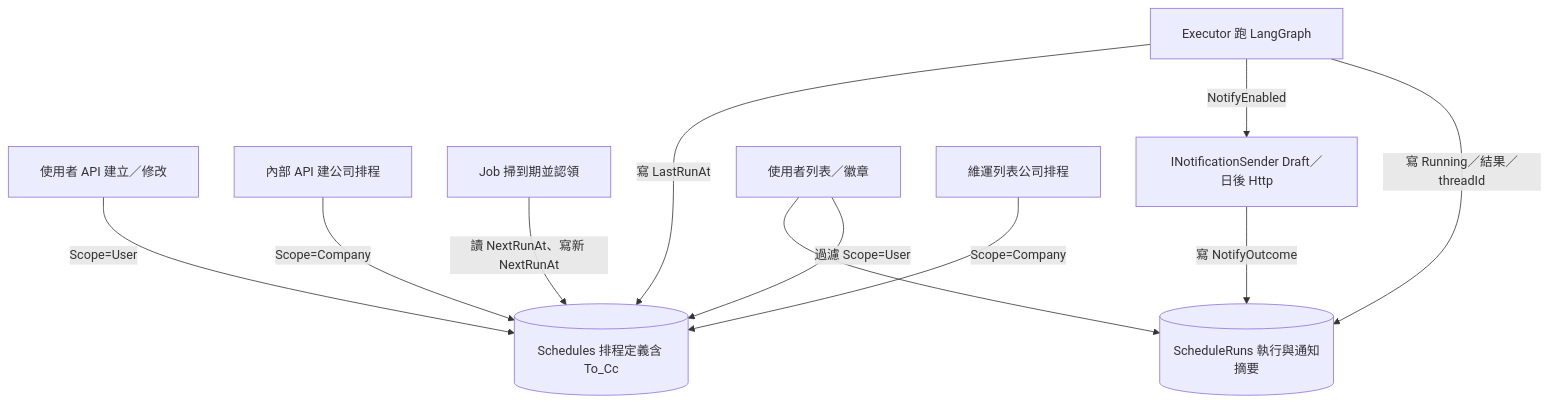
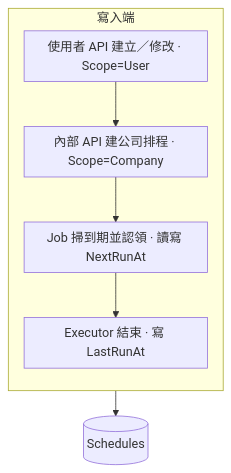
The second of 4 diagrams in docs/schedule-db.md (jellyfish00001/MoAgentChat_Work), drawn with Mermaid before and after one commit. The commit also changed other lines of this file and 2 other files, not shown here.

Commit message:
update 流程圖

````diff
--- a/docs/schedule-db.md
+++ b/docs/schedule-db.md
@@ -44,25 +48,13 @@
 ```mermaid
-%%{init: {"flowchart": {"nodeSpacing": 45, "rankSpacing": 75, "padding": 20}}}%%
+%%{init: {"flowchart": {"nodeSpacing": 20, "rankSpacing": 32, "padding": 8, "useMaxWidth": true}}}%%
 flowchart TD
-  S[(Schedules 排程定義含 To_Cc)]
-  R[(ScheduleRuns 執行與通知摘要)]
-
-  UiWrite[使用者 API 建立／修改]
-  CoWrite[內部 API 建公司排程]
-  Scan[Job 掃到期並認領]
-  Exec[Executor 跑 LangGraph]
-  Notify[INotificationSender Draft／日後 Http]
-  UiRead[使用者列表／徽章]
-  CoRead[維運列表公司排程]
-
-  UiWrite -->|Scope=User| S
-  CoWrite -->|Scope=Company| S
-  Scan -->|讀 NextRunAt、寫新 NextRunAt| S
-  Exec -->|寫 Running／結果／threadId| R
-  Exec -->|NotifyEnabled| Notify
-  Notify -->|寫 NotifyOutcome| R
-  Exec -->|寫 LastRunAt| S
-  UiRead -->|過濾 Scope=User| S
-  UiRead --> R
-  CoRead -->|Scope=Company| S
+  subgraph W1["寫入端"]
+    direction TB
+    UiWrite[使用者 API 建立／修改 · Scope=User]
+    CoWrite[內部 API 建公司排程 · Scope=Company]
+    Scan[Job 掃到期並認領 · 讀寫 NextRunAt]
+    ExecLast[Executor 結束 · 寫 LastRunAt]
+    UiWrite --> CoWrite --> Scan --> ExecLast
+  end
+  ExecLast --> S[(Schedules)]
 ```
````
